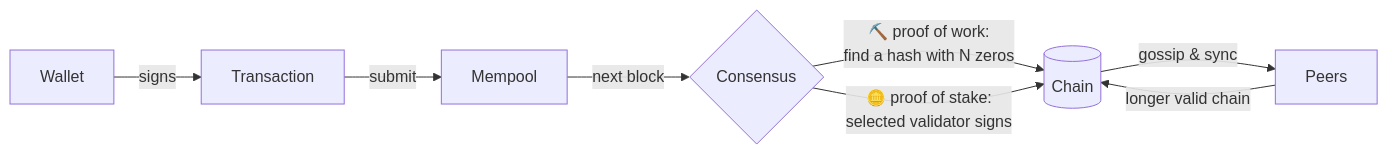
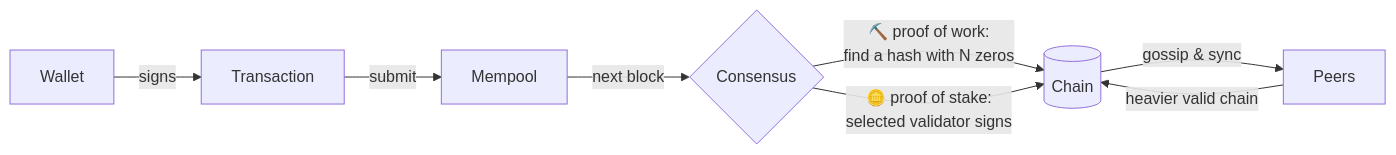
Before and after one commit to alex-quiterio/blockchain-rs: the first of 3 diagrams in README.md, drawn with Mermaid. The commit also changed other lines of this file and 14 other files, not shown here.

````diff
--- a/README.md
+++ b/README.md
@@ -83,10 +84,10 @@
 ```mermaid
 flowchart LR
     W[Wallet] -- signs --> T[Transaction]
     T -- submit --> M[Mempool]
     M -- next block --> B{Consensus}
     B -- "⛏️ proof of work:<br/>find a hash with N zeros" --> C[(Chain)]
     B -- "🪙 proof of stake:<br/>selected validator signs" --> C
     C -- gossip & sync --> P[Peers]
-    P -- longer valid chain --> C
+    P -- heavier valid chain --> C
 ```
````
